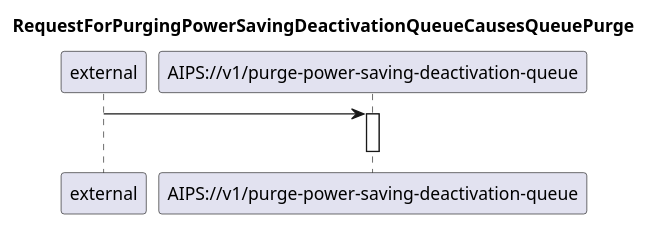
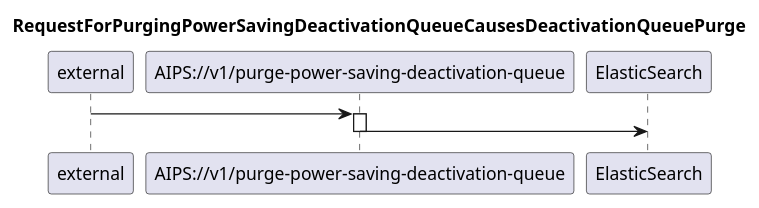
The diagram in diagrams/04 Link group related switching operation/411_purgePowerSavingDectivationQueue.plantuml (kmohr-soprasteria/AIPS_wip), drawn with PlantUML before and after one commit. The commit also changed 15 other files, not shown here.

Commit message:
diagrams done

```diff
--- a/diagrams/04 Link group related switching operation/411_purgePowerSavingDectivationQueue.plantuml
+++ b/diagrams/04 Link group related switching operation/411_purgePowerSavingDectivationQueue.plantuml
@@ -1,16 +1,19 @@
 @startuml 402_purgePowerSavingDeactivationQueue
 skinparam responseMessageBelowArrow true
 
 title
-RequestForPurgingPowerSavingDeactivationQueueCausesQueuePurge
+RequestForPurgingPowerSavingDeactivationQueueCausesDeactivationQueuePurge
 end title
 
 participant "external" as requestor
 participant "AIPS://v1/purge-power-saving-deactivation-queue" as purgeQueue
+participant "ElasticSearch" as es
 
 requestor -> purgeQueue
 activate purgeQueue
 
+purgeQueue -> es
+
 deactivate purgeQueue
 
 @enduml
```
